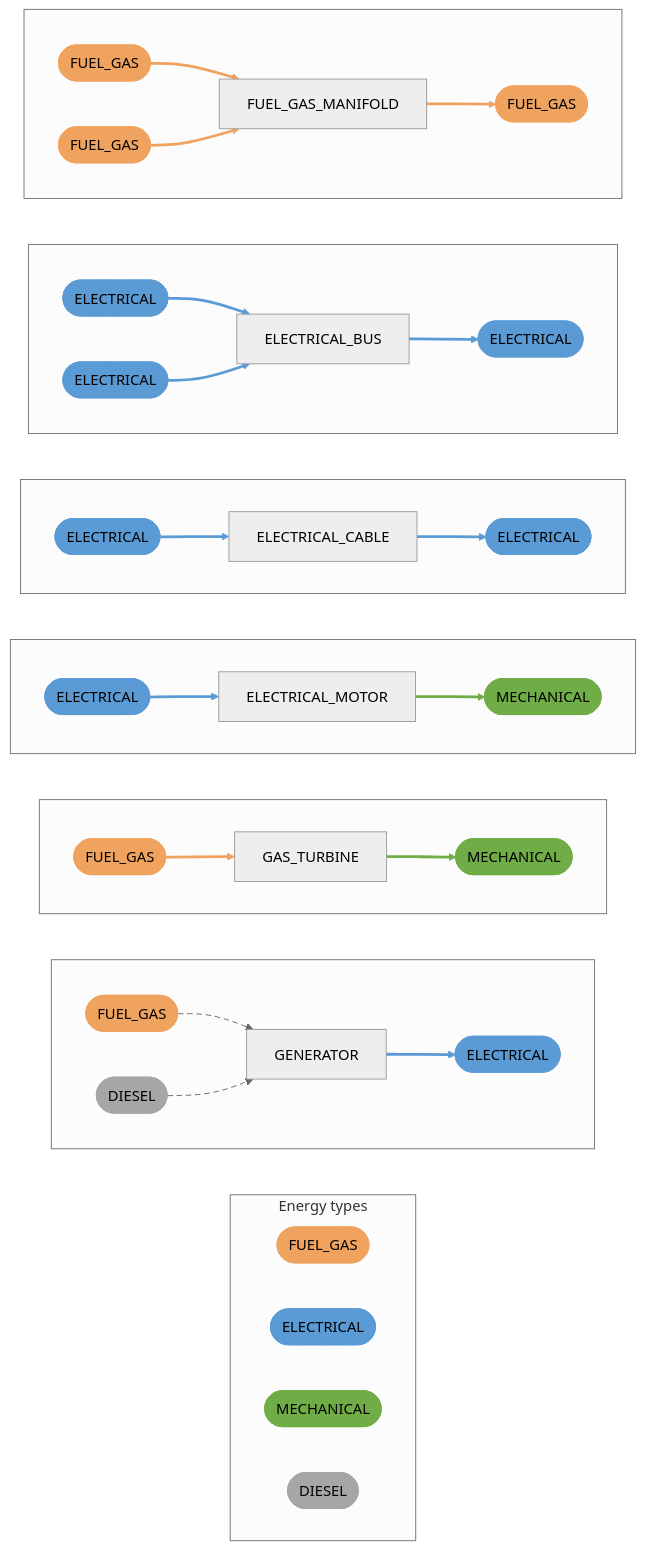
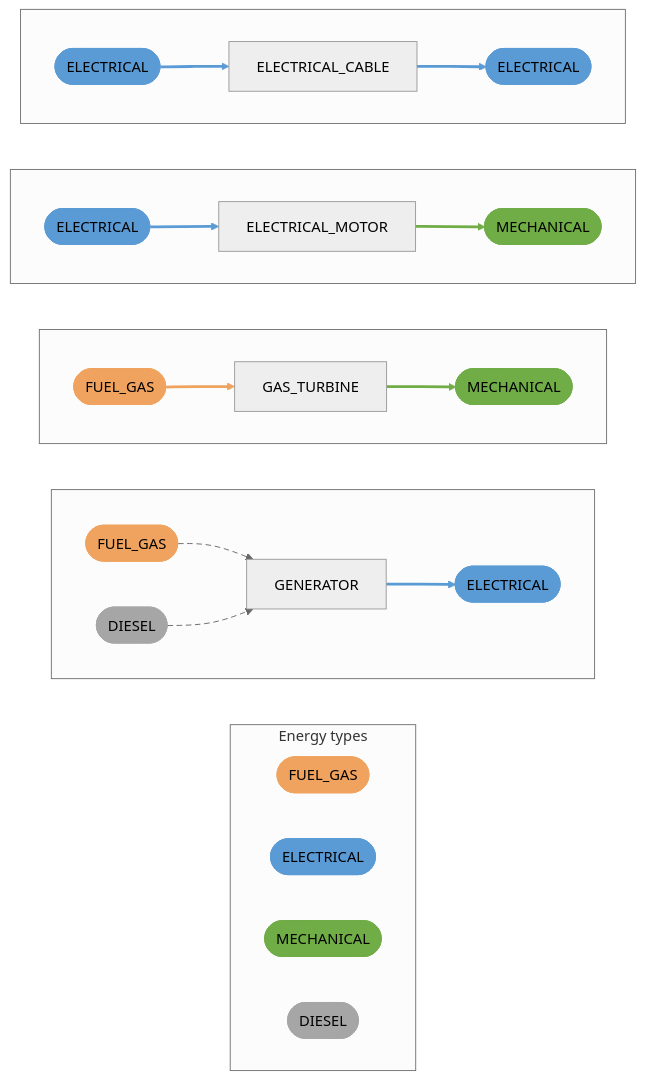
One commit to equinor/ecalc changed the first of 2 diagrams in docs/docs/about/nextgen/energy-components/providers.mdx. Above: the diagram before and after it, drawn with Mermaid (neutral theme). The commit also changed other lines of this file and 2 other files, not shown here.

````diff
--- a/docs/docs/about/nextgen/energy-components/providers.mdx
+++ b/docs/docs/about/nextgen/energy-components/providers.mdx
@@ -11,62 +15,48 @@
 ```mermaid
 graph LR
     subgraph legend ["Energy types"]
         direction LR
         legend_FUEL_GAS(["FUEL_GAS"])
         legend_ELECTRICAL(["ELECTRICAL"])
         legend_MECHANICAL(["MECHANICAL"])
         legend_DIESEL(["DIESEL"])
     end
     subgraph box_GENERATOR [" "]
         direction LR
         GENERATOR["GENERATOR"]
         GENERATOR_in0_FUEL_GAS(["FUEL_GAS"]) -.-> GENERATOR
         GENERATOR_in0_DIESEL(["DIESEL"]) -.-> GENERATOR
         GENERATOR --> GENERATOR_out0_ELECTRICAL(["ELECTRICAL"])
     end
     subgraph box_GAS_TURBINE [" "]
         direction LR
         GAS_TURBINE["GAS_TURBINE"]
         GAS_TURBINE_in0_FUEL_GAS(["FUEL_GAS"]) --> GAS_TURBINE
         GAS_TURBINE --> GAS_TURBINE_out0_MECHANICAL(["MECHANICAL"])
     end
     subgraph box_ELECTRICAL_MOTOR [" "]
         direction LR
         ELECTRICAL_MOTOR["ELECTRICAL_MOTOR"]
         ELECTRICAL_MOTOR_in0_ELECTRICAL(["ELECTRICAL"]) --> ELECTRICAL_MOTOR
         ELECTRICAL_MOTOR --> ELECTRICAL_MOTOR_out0_MECHANICAL(["MECHANICAL"])
     end
     subgraph box_ELECTRICAL_CABLE [" "]
         direction LR
         ELECTRICAL_CABLE["ELECTRICAL_CABLE"]
         ELECTRICAL_CABLE_in0_ELECTRICAL(["ELECTRICAL"]) --> ELECTRICAL_CABLE
         ELECTRICAL_CABLE --> ELECTRICAL_CABLE_out0_ELECTRICAL(["ELECTRICAL"])
     end
-    subgraph box_ELECTRICAL_BUS [" "]
-        direction LR
-        ELECTRICAL_BUS["ELECTRICAL_BUS"]
-        ELECTRICAL_BUS_in0_ELECTRICAL(["ELECTRICAL"]) --> ELECTRICAL_BUS
-        ELECTRICAL_BUS_in1_ELECTRICAL(["ELECTRICAL"]) --> ELECTRICAL_BUS
-        ELECTRICAL_BUS --> ELECTRICAL_BUS_out0_ELECTRICAL(["ELECTRICAL"])
-    end
-    subgraph box_FUEL_GAS_MANIFOLD [" "]
-        direction LR
-        FUEL_GAS_MANIFOLD["FUEL_GAS_MANIFOLD"]
-        FUEL_GAS_MANIFOLD_in0_FUEL_GAS(["FUEL_GAS"]) --> FUEL_GAS_MANIFOLD
-        FUEL_GAS_MANIFOLD_in1_FUEL_GAS(["FUEL_GAS"]) --> FUEL_GAS_MANIFOLD
-        FUEL_GAS_MANIFOLD --> FUEL_GAS_MANIFOLD_out0_FUEL_GAS(["FUEL_GAS"])
-    end
     classDef FUEL_GAS fill:#f0a35e,stroke:#f0a35e,color:#000
-    class legend_FUEL_GAS,GENERATOR_in0_FUEL_GAS,GAS_TURBINE_in0_FUEL_GAS,FUEL_GAS_MANIFOLD_in0_FUEL_GAS,FUEL_GAS_MANIFOLD_in1_FUEL_GAS,FUEL_GAS_MANIFOLD_out0_FUEL_GAS FUEL_GAS
-    linkStyle 0,3,12,13,14 stroke:#f0a35e,stroke-width:3px
+    class legend_FUEL_GAS,GENERATOR_in0_FUEL_GAS,GAS_TURBINE_in0_FUEL_GAS FUEL_GAS
+    linkStyle 0,3 stroke:#f0a35e,stroke-width:3px
     classDef ELECTRICAL fill:#5b9bd5,stroke:#5b9bd5,color:#000
-    class legend_ELECTRICAL,GENERATOR_out0_ELECTRICAL,ELECTRICAL_MOTOR_in0_ELECTRICAL,ELECTRICAL_CABLE_in0_ELECTRICAL,ELECTRICAL_CABLE_out0_ELECTRICAL,ELECTRICAL_BUS_in0_ELECTRICAL,ELECTRICAL_BUS_in1_ELECTRICAL,ELECTRICAL_BUS_out0_ELECTRICAL ELECTRICAL
-    linkStyle 2,5,7,8,9,10,11 stroke:#5b9bd5,stroke-width:3px
+    class legend_ELECTRICAL,GENERATOR_out0_ELECTRICAL,ELECTRICAL_MOTOR_in0_ELECTRICAL,ELECTRICAL_CABLE_in0_ELECTRICAL,ELECTRICAL_CABLE_out0_ELECTRICAL ELECTRICAL
+    linkStyle 2,5,7,8 stroke:#5b9bd5,stroke-width:3px
     classDef MECHANICAL fill:#70ad47,stroke:#70ad47,color:#000
     class legend_MECHANICAL,GAS_TURBINE_out0_MECHANICAL,ELECTRICAL_MOTOR_out0_MECHANICAL MECHANICAL
     linkStyle 4,6 stroke:#70ad47,stroke-width:3px
     classDef DIESEL fill:#a6a6a6,stroke:#a6a6a6,color:#000
     class legend_DIESEL,GENERATOR_in0_DIESEL DIESEL
     linkStyle 1 stroke:#a6a6a6,stroke-width:3px
     linkStyle 0,1 stroke-dasharray:6 4
 ```
````
